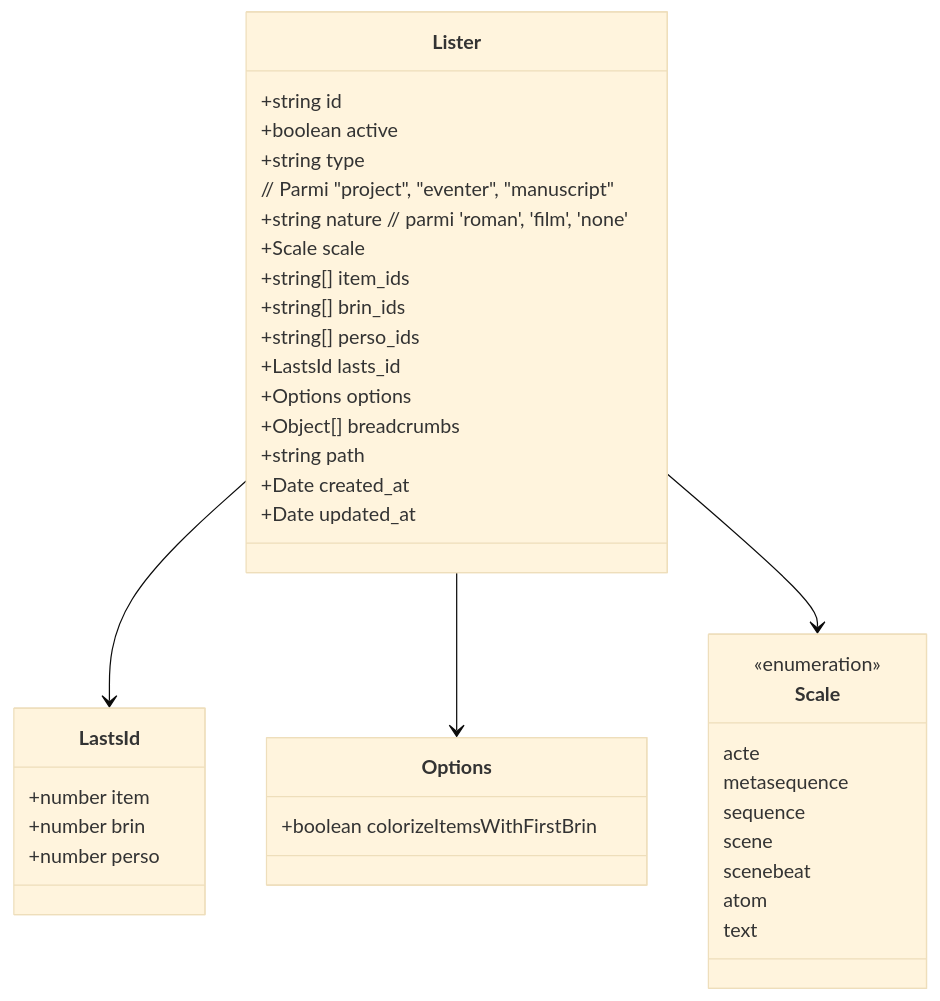
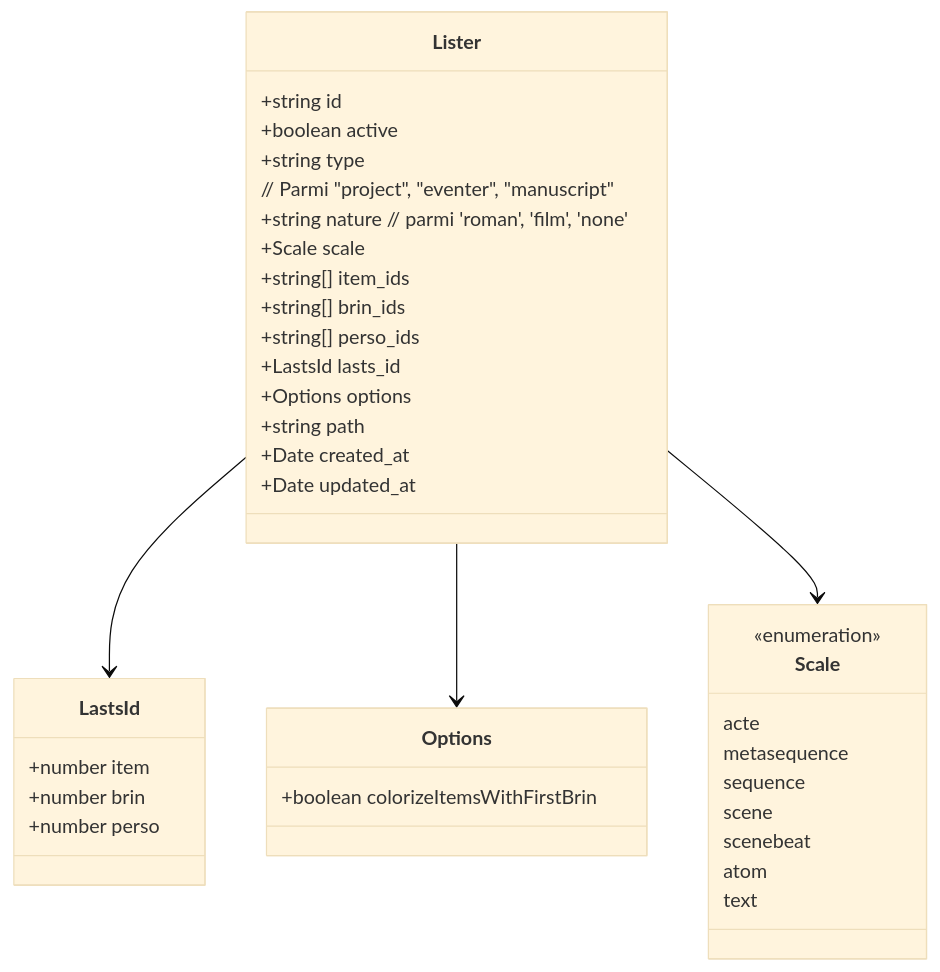
One commit to PhilippePerret/Eventer3 changed the first of 2 diagrams in dev/Specs-modeles.md. Above: the diagram before and after it, drawn with Mermaid (base theme). The commit also changed other lines of this file and 4 other files, not shown here.

```diff
--- a/dev/Specs-modeles.md
+++ b/dev/Specs-modeles.md
@@ -77,45 +77,44 @@
 ~~~mermaid
 classDiagram
 	class Lister {
 		+string id
 		+boolean active
 		+string type
 		// Parmi "project", "eventer", "manuscript"
 		+string nature // parmi 'roman', 'film', 'none'
 		+Scale scale
 		+string[] item_ids
 		+string[] brin_ids
 		+string[] perso_ids
 		+LastsId   lasts_id
 		+Options options
-		+Object[] breadcrumbs
 		+string path
 		+Date created_at
 		+Date updated_at
 	}
 	
 	class LastsId {
 		+number item
 		+number brin
 		+number perso
 	}
 	
 	class Options {
 		+boolean colorizeItemsWithFirstBrin
 	}
 	
 	class Scale {
 		<<enumeration>>
 		acte
 		metasequence
 		sequence
 		scene
 		scenebeat
 		atom
 		text
 	}
 	
 	Lister --> LastsId
 	Lister --> Options
 	Lister --> Scale
 ~~~
```
